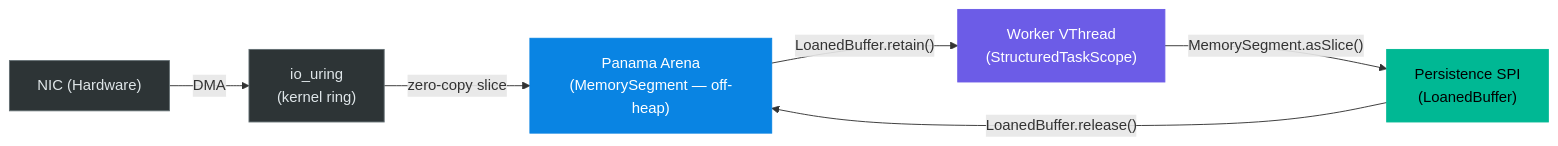
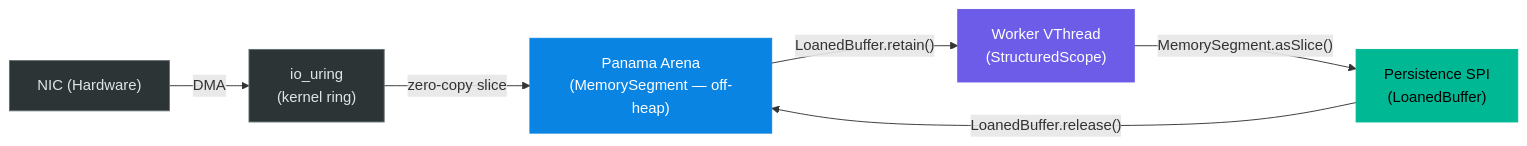
Before and after one commit to exeris-systems/exeris-kernel: the fourth of 5 diagrams in docs/subsystems/bootstrap.md, drawn with Mermaid. The commit also changed other lines of this file and 332 other files, not shown here.

````diff
--- a/docs/subsystems/bootstrap.md
+++ b/docs/subsystems/bootstrap.md
@@ -176,20 +181,20 @@
 ```mermaid
 flowchart LR
     NIC["NIC (Hardware)"]
     IOR["io_uring<br/>(kernel ring)"]
     ANA["Panama Arena<br/>(MemorySegment — off-heap)"]
-    WRK["Worker VThread<br/>(StructuredTaskScope)"]
+    WRK["Worker VThread<br/>(StructuredScope)"]
     DB["Persistence SPI<br/>(LoanedBuffer)"]
 
     NIC -- DMA --> IOR
     IOR -- zero-copy slice --> ANA
     ANA -- LoanedBuffer.retain() --> WRK
     WRK -- MemorySegment.asSlice() --> DB
     DB -- LoanedBuffer.release() --> ANA
 
     style NIC  fill:#2d3436,color:#dfe6e9,stroke:#636e72
     style IOR  fill:#2d3436,color:#dfe6e9,stroke:#636e72
     style ANA  fill:#0984e3,color:#fff,stroke:#0984e3
     style WRK  fill:#6c5ce7,color:#fff,stroke:#6c5ce7
     style DB   fill:#00b894,color:#000,stroke:#00b894
 ```
````
